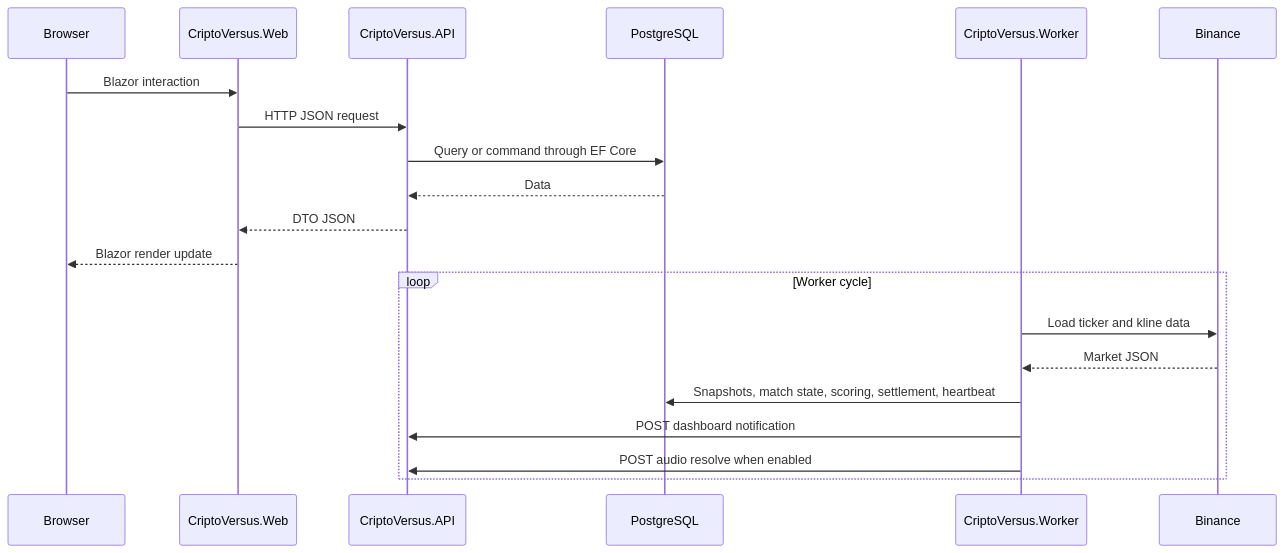
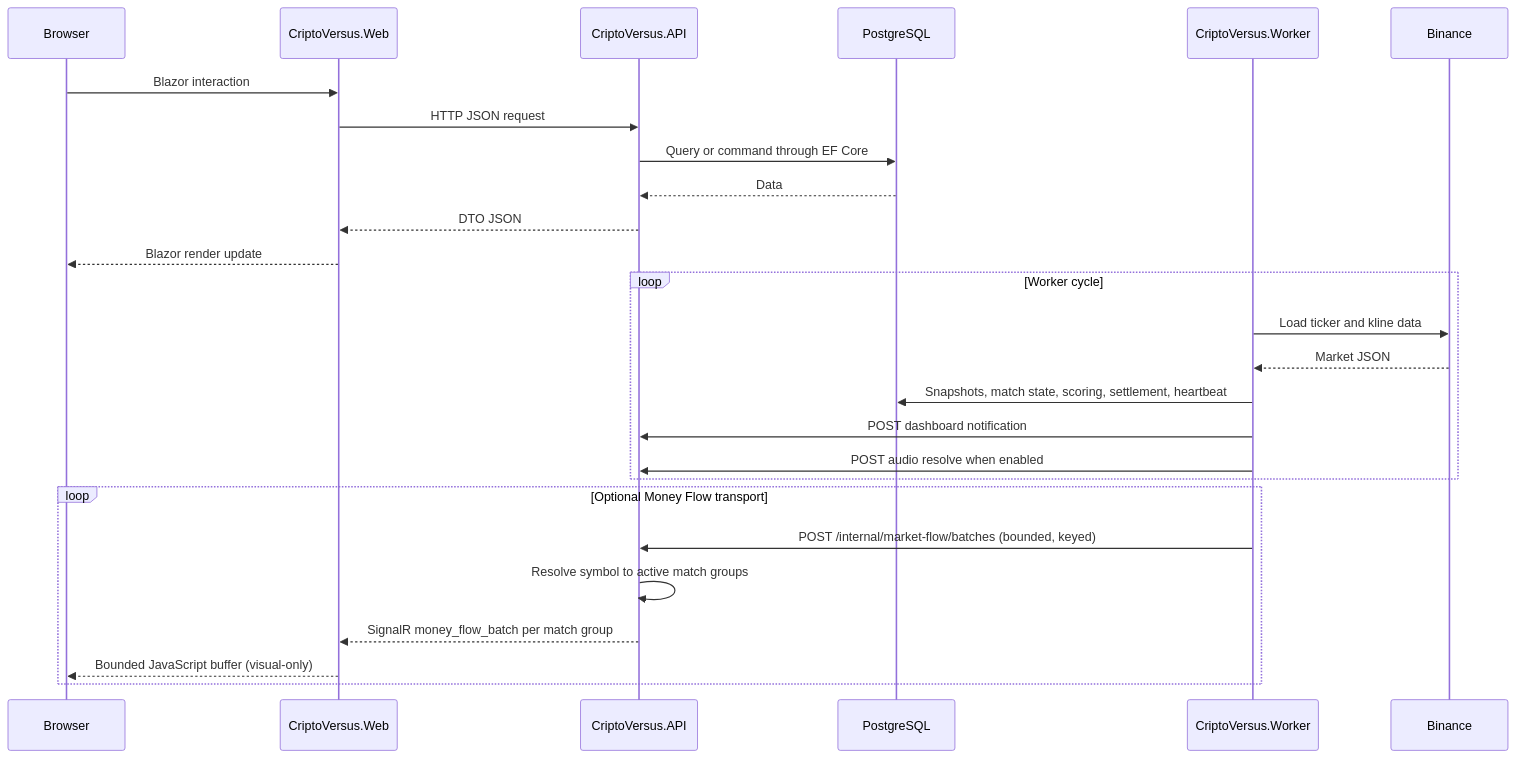
Before and after one commit to gigadigito/EthicAI: the third of 8 diagrams in ARCHITECTURE.md, drawn with Mermaid. The commit also changed other lines of this file and 50 other files, not shown here.

First line of the commit message:
Adiciona pipeline opcional de Money Flow

````diff
--- a/ARCHITECTURE.md
+++ b/ARCHITECTURE.md
@@ -319,24 +330,31 @@
 ```mermaid
 sequenceDiagram
     participant Browser
     participant Web as CriptoVersus.Web
     participant API as CriptoVersus.API
     participant DB as PostgreSQL
     participant Worker as CriptoVersus.Worker
     participant Market as Binance
 
     Browser->>Web: Blazor interaction
     Web->>API: HTTP JSON request
     API->>DB: Query or command through EF Core
     DB-->>API: Data
     API-->>Web: DTO JSON
     Web-->>Browser: Blazor render update
 
     loop Worker cycle
         Worker->>Market: Load ticker and kline data
         Market-->>Worker: Market JSON
         Worker->>DB: Snapshots, match state, scoring, settlement, heartbeat
         Worker->>API: POST dashboard notification
         Worker->>API: POST audio resolve when enabled
     end
+
+    loop Optional Money Flow transport
+        Worker->>API: POST /internal/market-flow/batches (bounded, keyed)
+        API->>API: Resolve symbol to active match groups
+        API-->>Web: SignalR money_flow_batch per match group
+        Web-->>Browser: Bounded JavaScript buffer (visual-only)
+    end
 ```
````
